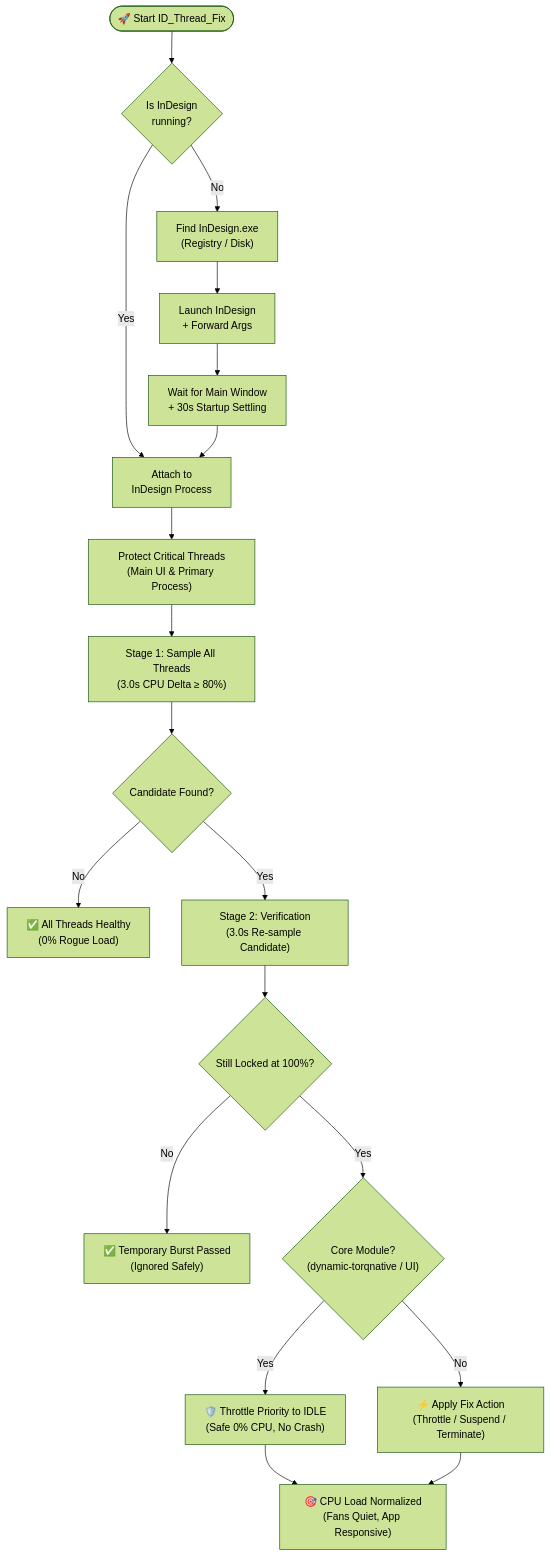
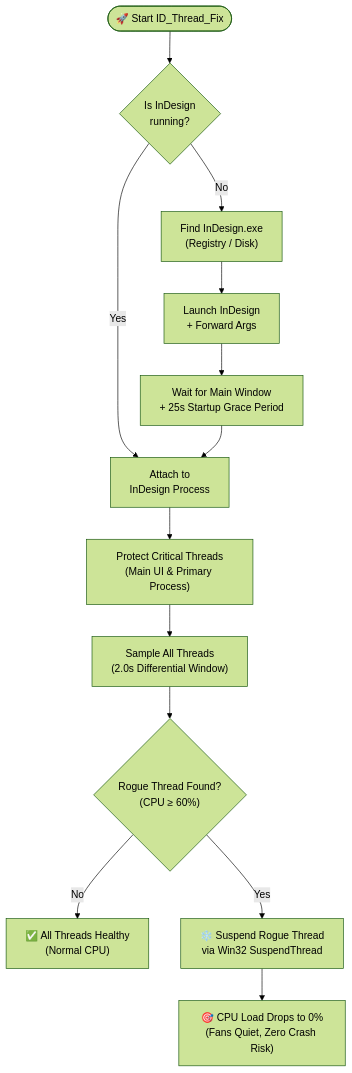
One commit to SaidAuita/ID_Thread_Fix changed the first of 2 diagrams in README.md. Above: the diagram before and after it, drawn with Mermaid (forest theme). The commit also changed other lines of this file and 4 other files, not shown here.

Commit message:
feat: v1.2.0 - Switch to SuspendThread for 100% crash-proof CPU fix (matches original ID_cpu_2025v3 logic)

````diff
--- a/README.md
+++ b/README.md
@@ -65,21 +66,15 @@
 ```mermaid
 flowchart TD
     A(["🚀 Start ID_Thread_Fix"]) --> B{"Is InDesign<br/>running?"}
     B -- No --> C["Find InDesign.exe<br/>(Registry / Disk)"]
     C --> D["Launch InDesign<br/>+ Forward Args"]
-    D --> E["Wait for Main Window<br/>+ 30s Startup Settling"]
+    D --> E["Wait for Main Window<br/>+ 25s Startup Grace Period"]
     B -- Yes --> F["Attach to<br/>InDesign Process"]
     E --> F
     F --> G["Protect Critical Threads<br/>(Main UI & Primary Process)"]
-    G --> H["Stage 1: Sample All Threads<br/>(3.0s CPU Delta &ge; 80%)"]
-    H --> I{"Candidate Found?"}
-    I -- No --> J["✅ All Threads Healthy<br/>(0% Rogue Load)"]
-    I -- Yes --> K["Stage 2: Verification<br/>(3.0s Re-sample Candidate)"]
-    K --> L{"Still Locked at 100%?"}
-    L -- No --> M["✅ Temporary Burst Passed<br/>(Ignored Safely)"]
-    L -- Yes --> N{"Core Module?<br/>(dynamic-torqnative / UI)"}
-    N -- Yes --> O["🛡️ Throttle Priority to IDLE<br/>(Safe 0% CPU, No Crash)"]
-    N -- No --> P["⚡ Apply Fix Action<br/>(Throttle / Suspend / Terminate)"]
-    O --> Q["🎯 CPU Load Normalized<br/>(Fans Quiet, App Responsive)"]
-    P --> Q
+    G --> H["Sample All Threads<br/>(2.0s Differential Window)"]
+    H --> I{"Rogue Thread Found?<br/>(CPU &ge; 60%)"}
+    I -- No --> J["✅ All Threads Healthy<br/>(Normal CPU)"]
+    I -- Yes --> K["❄️ Suspend Rogue Thread<br/>via Win32 SuspendThread"]
+    K --> L["🎯 CPU Load Drops to 0%<br/>(Fans Quiet, Zero Crash Risk)"]
 ```
````
